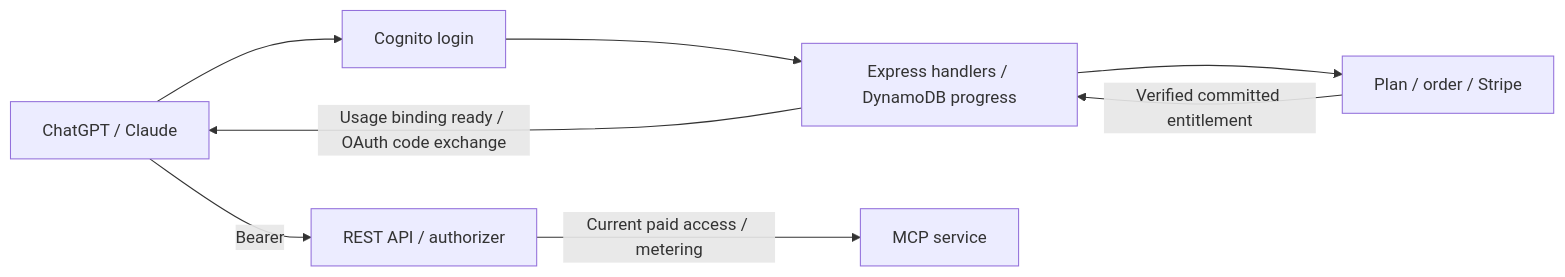
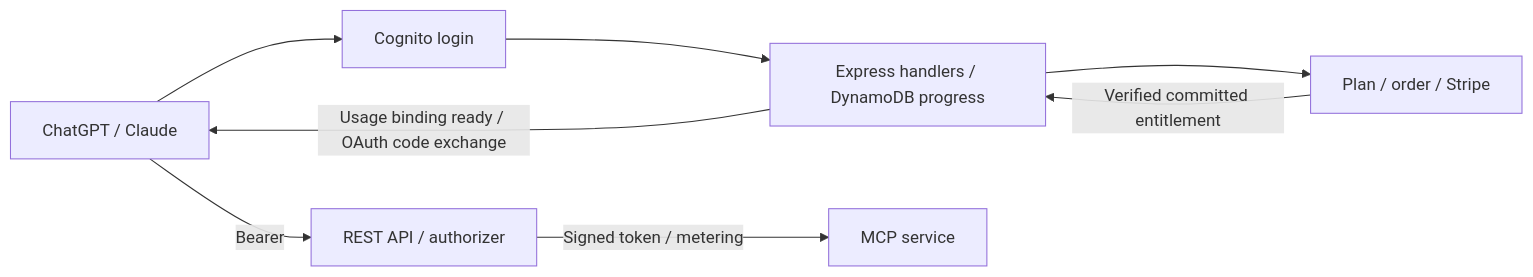
The diagram in specs/README.md (yechengshao/mcp-auth-subscriptions), drawn with Mermaid before and after one commit. The commit also changed other lines of this file and 20 other files, not shown here.

````diff
--- a/specs/README.md
+++ b/specs/README.md
@@ -9,10 +9,10 @@
 ```mermaid
 flowchart LR
     Client[ChatGPT / Claude] --> Login[Cognito login]
     Login --> Onboarding[Express handlers / DynamoDB progress]
     Onboarding --> Billing[Plan / order / Stripe]
     Billing -->|Verified committed entitlement| Onboarding
     Onboarding -->|Usage binding ready / OAuth code exchange| Client
     Client -->|Bearer| Gateway[REST API / authorizer]
-    Gateway -->|Current paid access / metering| MCP[MCP service]
+    Gateway -->|Signed token / metering| MCP[MCP service]
 ```
````
